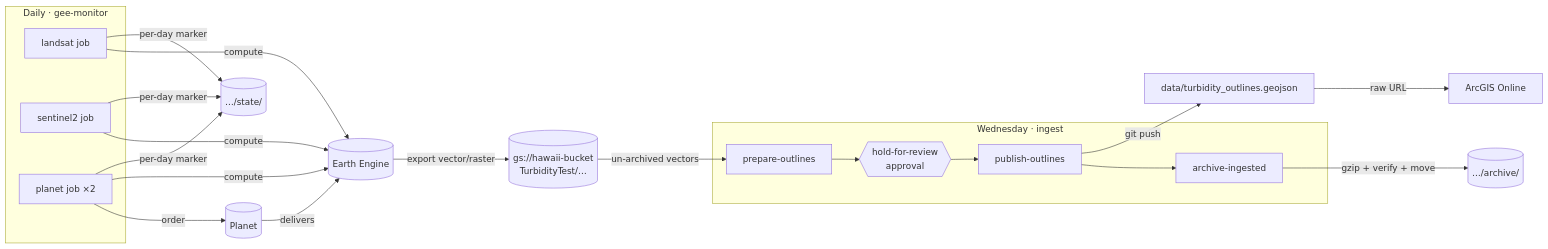
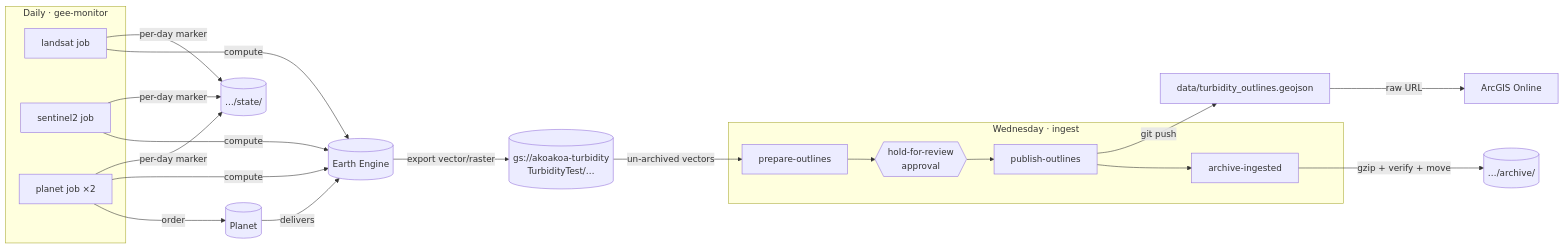
One commit to ASU-GDCS/akk_satellite_turbidity changed the diagram in README.md. Above: the diagram before and after it, drawn with Mermaid. The commit also changed other lines of this file and 2 other files, not shown here.

First line of the commit message:
Move pipeline storage to gs://akoakoa-turbidity

````diff
--- a/README.md
+++ b/README.md
@@ -21,17 +21,17 @@
 ```mermaid
 flowchart LR
   subgraph Mon["Daily · gee-monitor"]
     L[landsat job] & S[sentinel2 job] & P[planet job ×2]
   end
   P -- order --> PL[(Planet)] -- delivers --> EE[(Earth Engine)]
   L & S & P -- compute --> EE
-  EE -- export vector/raster --> B[(gs://hawaii-bucket<br/>TurbidityTest/…)]
+  EE -- export vector/raster --> B[(gs://akoakoa-turbidity<br/>TurbidityTest/…)]
   L & S & P -- per-day marker --> ST[(…/state/)]
   subgraph Wed["Wednesday · ingest"]
     PR[prepare-outlines] --> H{{hold-for-review<br/>approval}} --> PU[publish-outlines] --> AR[archive-ingested]
   end
   B -- un-archived vectors --> PR
   PU -- git push --> GJ[data/turbidity_outlines.geojson]
   GJ -- raw URL --> AGOL[ArcGIS Online]
   AR -- gzip + verify + move --> AV[(…/archive/)]
 ```
````
